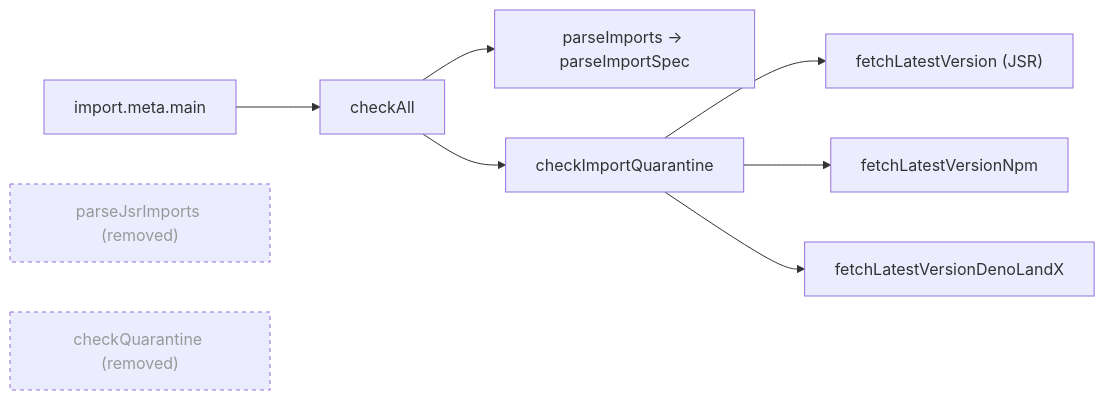
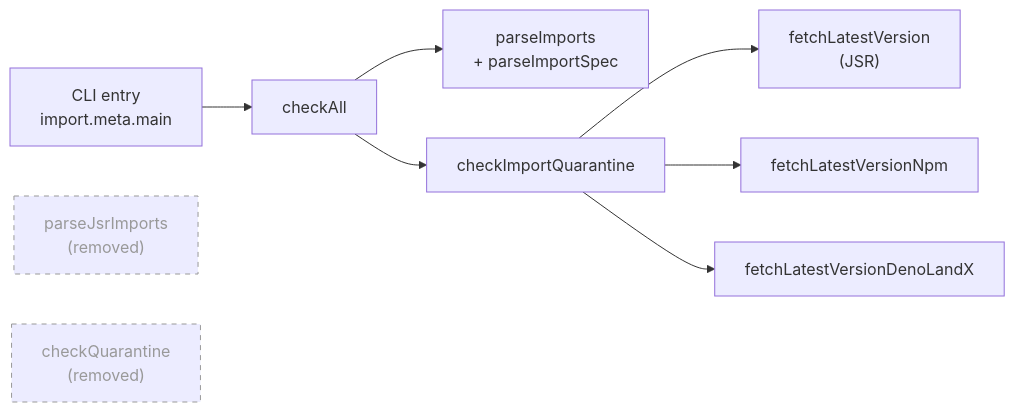
The diagram in docs/archive/pr-summaries/pr-summary-592.md (stSoftwareAU/NEAT-AI-Explore), drawn with Mermaid before and after one commit. The commit also changed other lines of this file, not shown here.

````diff
--- a/docs/archive/pr-summaries/pr-summary-592.md
+++ b/docs/archive/pr-summaries/pr-summary-592.md
@@ -20,12 +26,14 @@
 ```mermaid
 flowchart LR
-    CLI["import.meta.main"] --> CA["checkAll"]
-    CA --> PI["parseImports → parseImportSpec"]
+    CLI["CLI entry<br/>import.meta.main"] --> CA["checkAll"]
+    CA --> PI["parseImports<br/>+ parseImportSpec"]
     CA --> CIQ["checkImportQuarantine"]
-    CIQ --> J["fetchLatestVersion (JSR)"]
-    CIQ --> N["fetchLatestVersionNpm"]
-    CIQ --> D["fetchLatestVersionDenoLandX"]
-    PJI["parseJsrImports (removed)"]:::dead
-    CQ["checkQuarantine (removed)"]:::dead
-    classDef dead stroke-dasharray: 4 4,color:#999
+    CIQ --> JSR["fetchLatestVersion<br/>(JSR)"]
+    CIQ --> NPM["fetchLatestVersionNpm"]
+    CIQ --> DLX["fetchLatestVersionDenoLandX"]
+
+    PJI["parseJsrImports<br/>(removed)"]:::dead
+    CQ["checkQuarantine<br/>(removed)"]:::dead
+
+    classDef dead stroke-dasharray: 5 5,color:#999,stroke:#999
 ```
````
